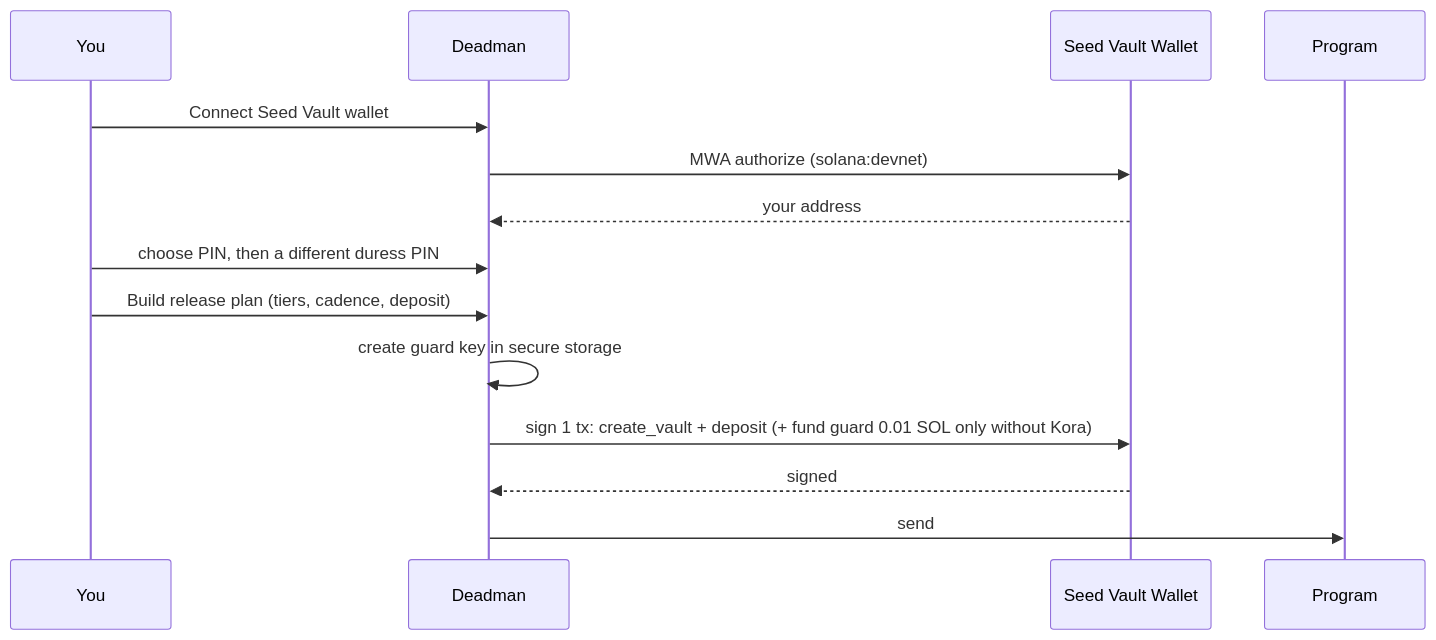
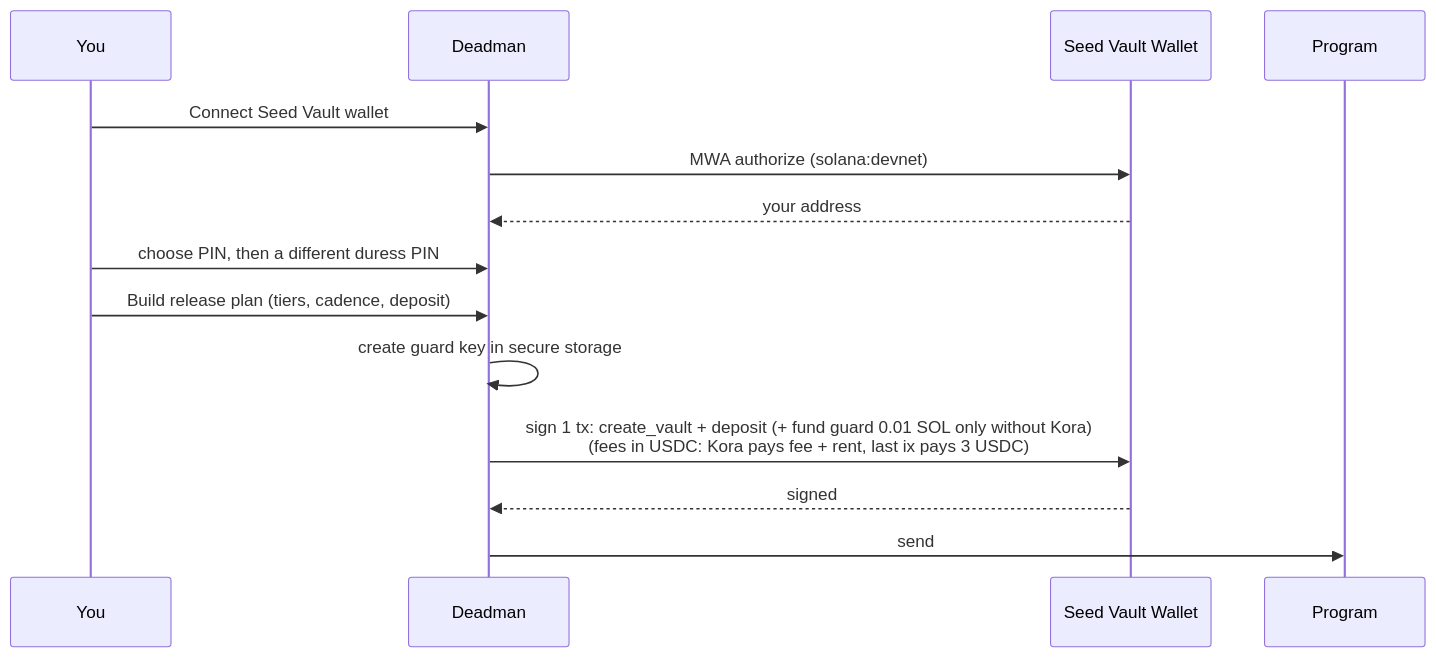
One commit to GabrielNeugebauer/deadman changed the second of 3 diagrams in docs/HOW_IT_WORKS.md. Above: the diagram before and after it, drawn with Mermaid. The commit also changed other lines of this file and 57 other files, not shown here.

````diff
--- a/docs/HOW_IT_WORKS.md
+++ b/docs/HOW_IT_WORKS.md
@@ -151,16 +182,16 @@
 ```mermaid
 sequenceDiagram
   participant U as You
   participant A as Deadman
   participant W as Seed Vault Wallet
   participant P as Program
   U->>A: Connect Seed Vault wallet
   A->>W: MWA authorize (solana:devnet)
   W-->>A: your address
   U->>A: choose PIN, then a different duress PIN
   U->>A: Build release plan (tiers, cadence, deposit)
   A->>A: create guard key in secure storage
-  A->>W: sign 1 tx: create_vault + deposit (+ fund guard 0.01 SOL only without Kora)
+  A->>W: sign 1 tx: create_vault + deposit (+ fund guard 0.01 SOL only without Kora)<br/>(fees in USDC: Kora pays fee + rent, last ix pays 3 USDC)
   W-->>A: signed
   A->>P: send
 ```
````
